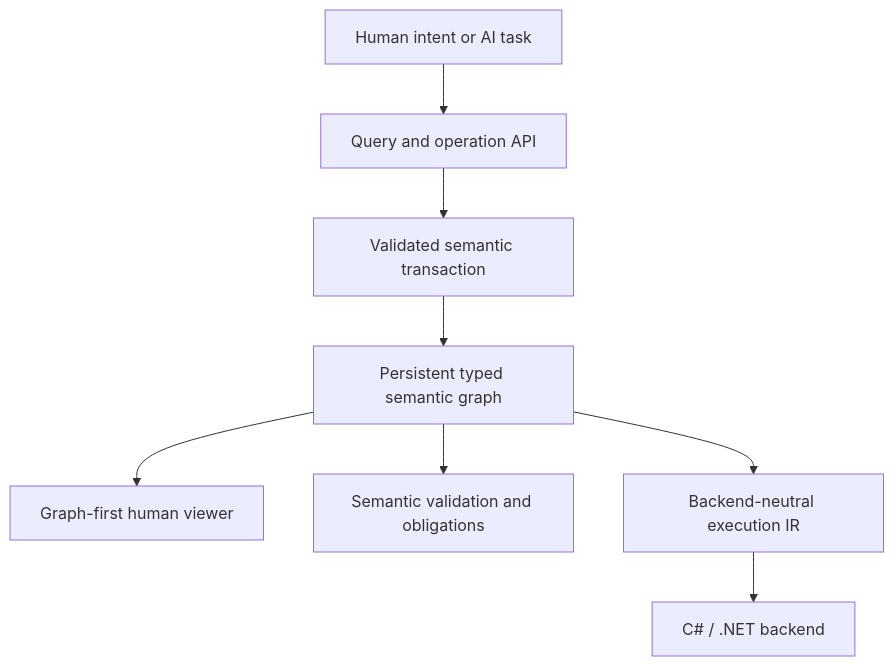
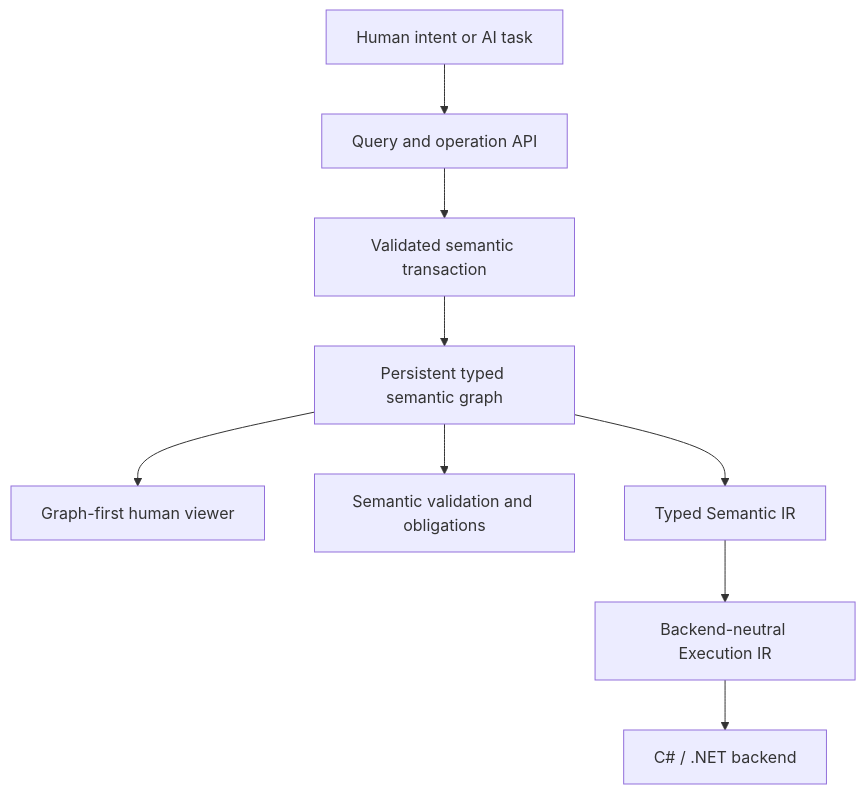
One commit to kw4r3n/nyrwvy changed the diagram in README.md. Above: the diagram before and after it, drawn with Mermaid. The commit also changed other lines of this file and 10 other files, not shown here.

````diff
--- a/README.md
+++ b/README.md
@@ -17,10 +17,11 @@
 ```mermaid
 flowchart TD
     A[Human intent or AI task] --> B[Query and operation API]
     B --> C[Validated semantic transaction]
     C --> D[Persistent typed semantic graph]
     D --> E[Graph-first human viewer]
     D --> F[Semantic validation and obligations]
-    D --> G[Backend-neutral execution IR]
-    G --> H[C# / .NET backend]
+    D --> G[Typed Semantic IR]
+    G --> H[Backend-neutral Execution IR]
+    H --> I[C# / .NET backend]
 ```
````
